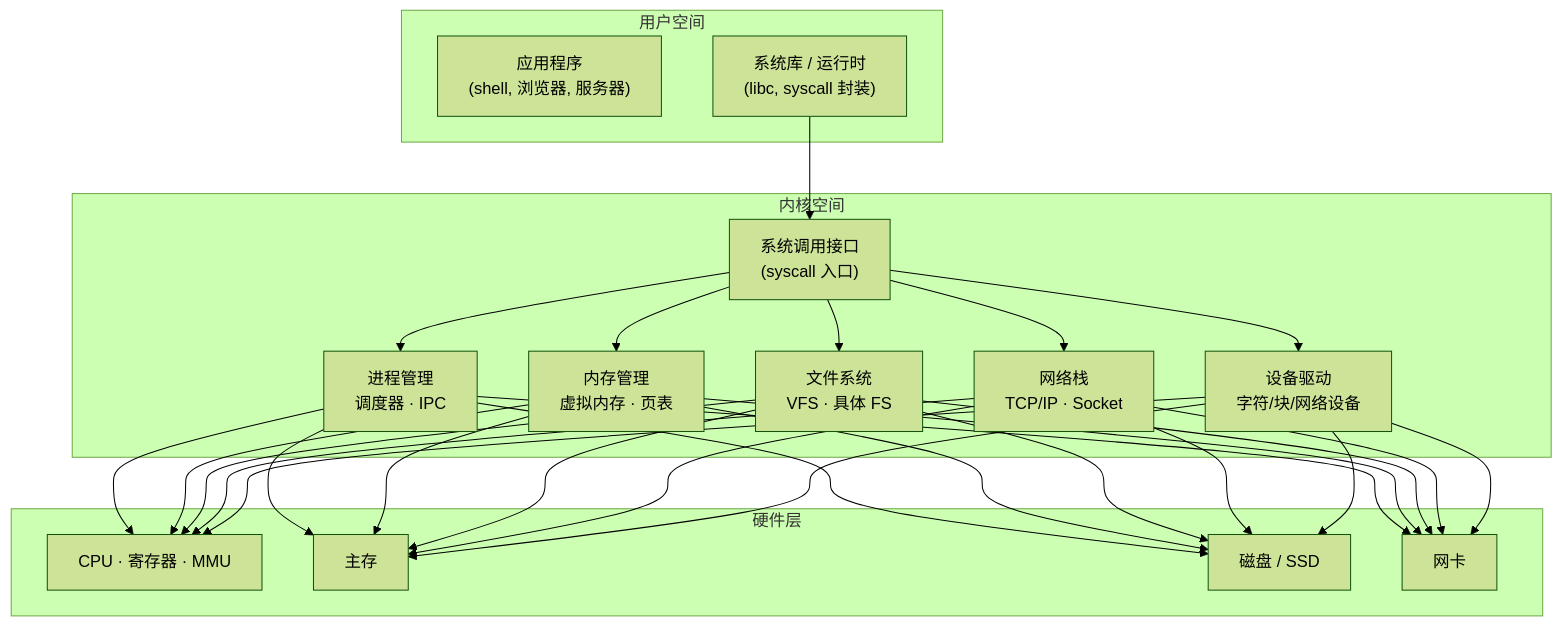
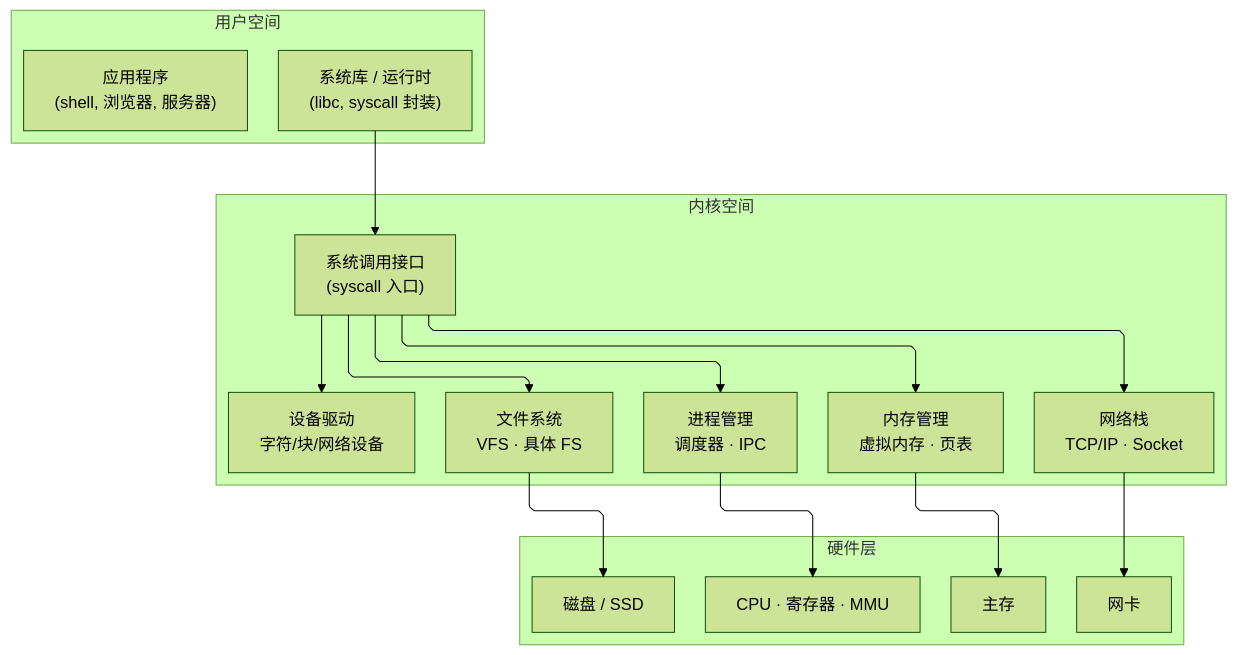
The diagram in 01-CS Core (计算机核心基础)/03-Operating System（操作系统）/00-OS Overview（操作系统总览）.md (ziyan-cs/obsidian-coding-notes), drawn with Mermaid (forest theme) before and after one commit. The commit also changed 37 other files, not shown here.

````diff
--- a/01-CS Core (计算机核心基础)/03-Operating System（操作系统）/00-OS Overview（操作系统总览）.md
+++ b/01-CS Core (计算机核心基础)/03-Operating System（操作系统）/00-OS Overview（操作系统总览）.md
@@ -66,23 +66,32 @@
 ```mermaid
+%%{init: {"flowchart": {"defaultRenderer": "elk", "curve": "monotoneX"}} }%%
 graph TD
     subgraph User["用户空间"]
         APP["应用程序<br/>(shell, 浏览器, 服务器)"]
         SL["系统库 / 运行时<br/>(libc, syscall 封装)"]
     end
     subgraph Kernel["内核空间"]
         SC["系统调用接口<br/>(syscall 入口)"]
         PM["进程管理<br/>调度器 · IPC"]
         MM["内存管理<br/>虚拟内存 · 页表"]
         FS["文件系统<br/>VFS · 具体 FS"]
         NET["网络栈<br/>TCP/IP · Socket"]
         DEV["设备驱动<br/>字符/块/网络设备"]
     end
     subgraph HW["硬件层"]
         CPU["CPU · 寄存器 · MMU"]
         RAM["主存"]
         DISK["磁盘 / SSD"]
         NIC["网卡"]
     end
-    SL --> SC --> PM & MM & FS & NET & DEV
-    PM & MM & FS & NET & DEV --> CPU & RAM & DISK & NIC
+    SL --> SC
+    SC --> PM
+    SC --> MM
+    SC --> FS
+    SC --> NET
+    SC --> DEV
+    PM --> CPU
+    MM --> RAM
+    FS --> DISK
+    NET --> NIC
 ```
````
